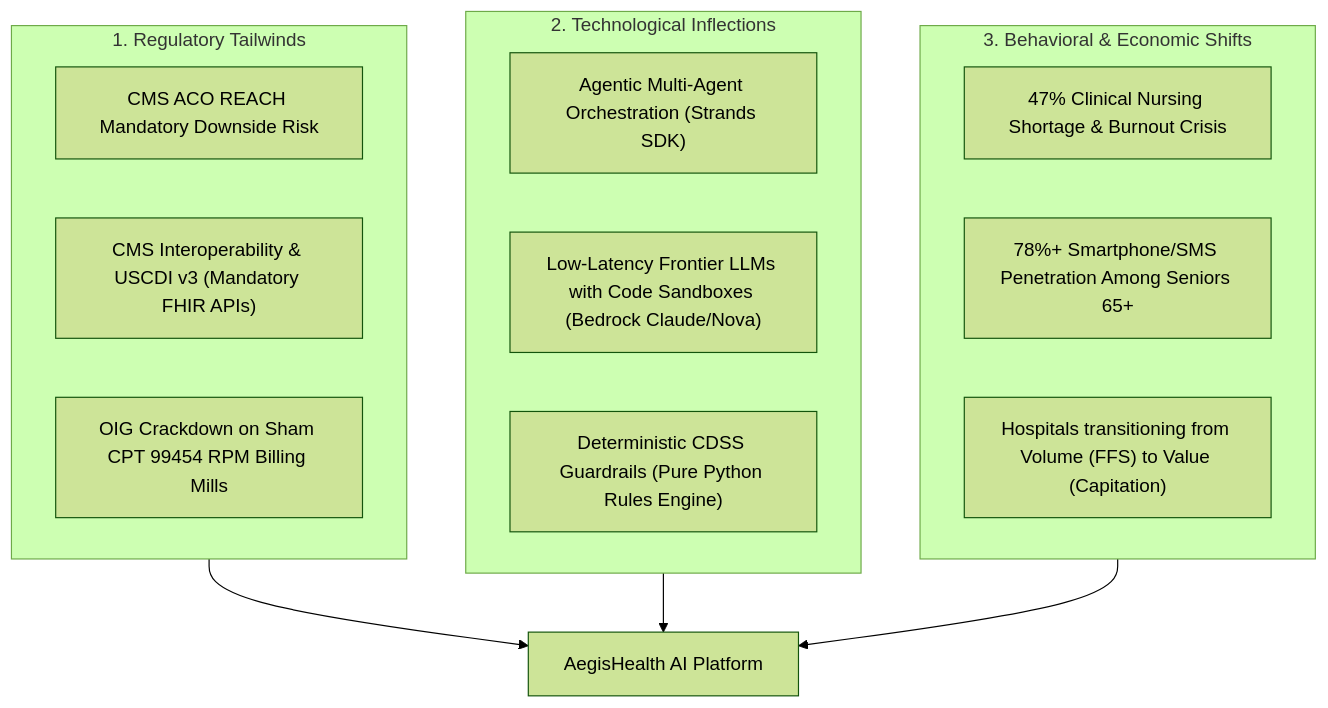
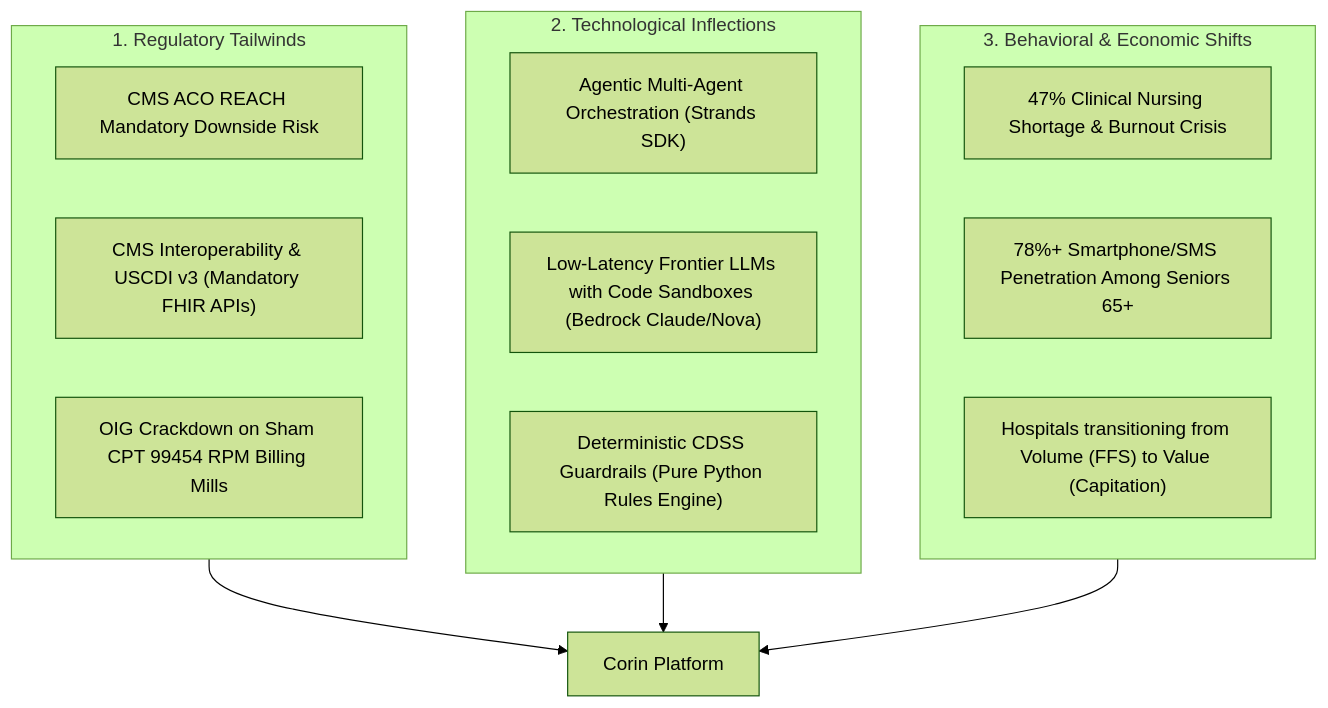
One commit to abdullahabtahi/corin changed the diagram in docs/02_venture_strategy/yc_startup_validation_and_premortem.md. Above: the diagram before and after it, drawn with Mermaid (forest theme). The commit also changed other lines of this file and 14 other files, not shown here.

````diff
--- a/docs/02_venture_strategy/yc_startup_validation_and_premortem.md
+++ b/docs/02_venture_strategy/yc_startup_validation_and_premortem.md
@@ -83,24 +83,24 @@
 ```mermaid
 flowchart TD
     subgraph Regulatory ["1. Regulatory Tailwinds"]
         R1["CMS ACO REACH Mandatory Downside Risk"]
         R2["CMS Interoperability & USCDI v3 (Mandatory FHIR APIs)"]
         R3["OIG Crackdown on Sham CPT 99454 RPM Billing Mills"]
     end
     
     subgraph Technological ["2. Technological Inflections"]
         T1["Agentic Multi-Agent Orchestration (Strands SDK)"]
         T2["Low-Latency Frontier LLMs with Code Sandboxes (Bedrock Claude/Nova)"]
         T3["Deterministic CDSS Guardrails (Pure Python Rules Engine)"]
     end
     
     subgraph Behavioral ["3. Behavioral & Economic Shifts"]
         B1["47% Clinical Nursing Shortage & Burnout Crisis"]
         B2["78%+ Smartphone/SMS Penetration Among Seniors 65+"]
         B3["Hospitals transitioning from Volume (FFS) to Value (Capitation)"]
     end
     
-    Regulatory --> Product["AegisHealth AI Platform"]
+    Regulatory --> Product["Corin Platform"]
     Technological --> Product
     Behavioral --> Product
 ```
````
